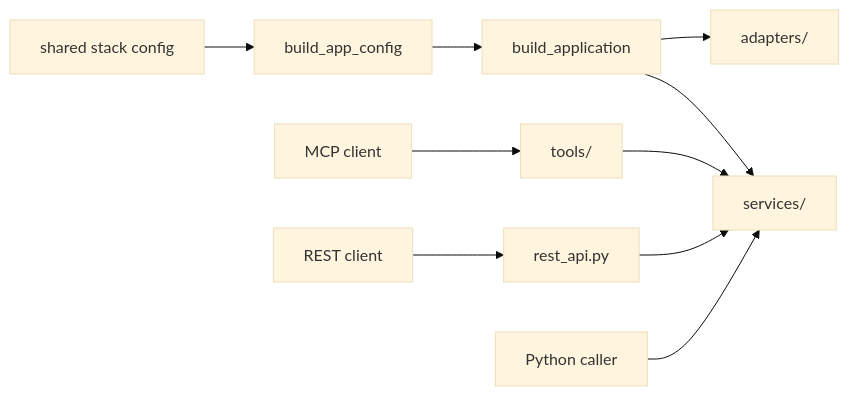
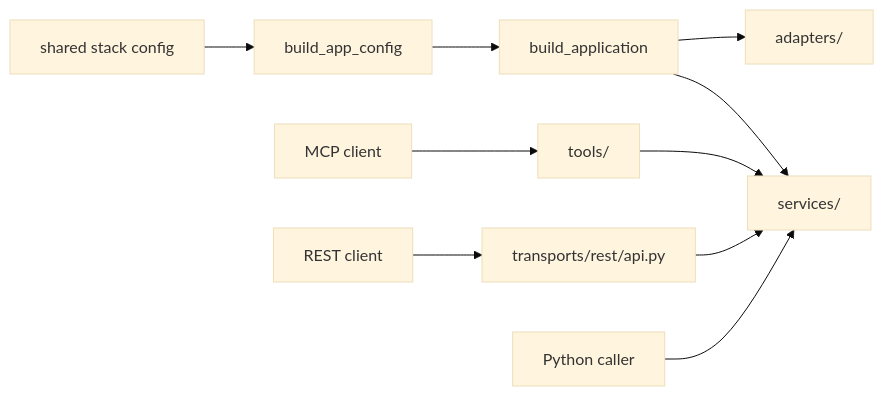
The diagram in README.md (AustralianCancerDataNetwork/groundworkers), drawn with Mermaid (base theme) before and after one commit. The commit also changed 54 other files, not shown here.

````diff
--- a/README.md
+++ b/README.md
@@ -24,12 +24,12 @@
 ```mermaid
 flowchart LR
     STACK[shared stack config] --> BOOT[build_app_config]
     BOOT --> APP[build_application]
     APP --> SERVICES[services/]
     APP --> ADAPTERS[adapters/]
     MCP[MCP client] --> TOOLS[tools/]
     TOOLS --> SERVICES
-    REST[REST client] --> API[rest_api.py]
-    API --> SERVICES
-    PY[Python caller] --> SERVICES
+REST[REST client] --> API[transports/rest/api.py]
+API --> SERVICES
+PY[Python caller] --> SERVICES
 ```
````
